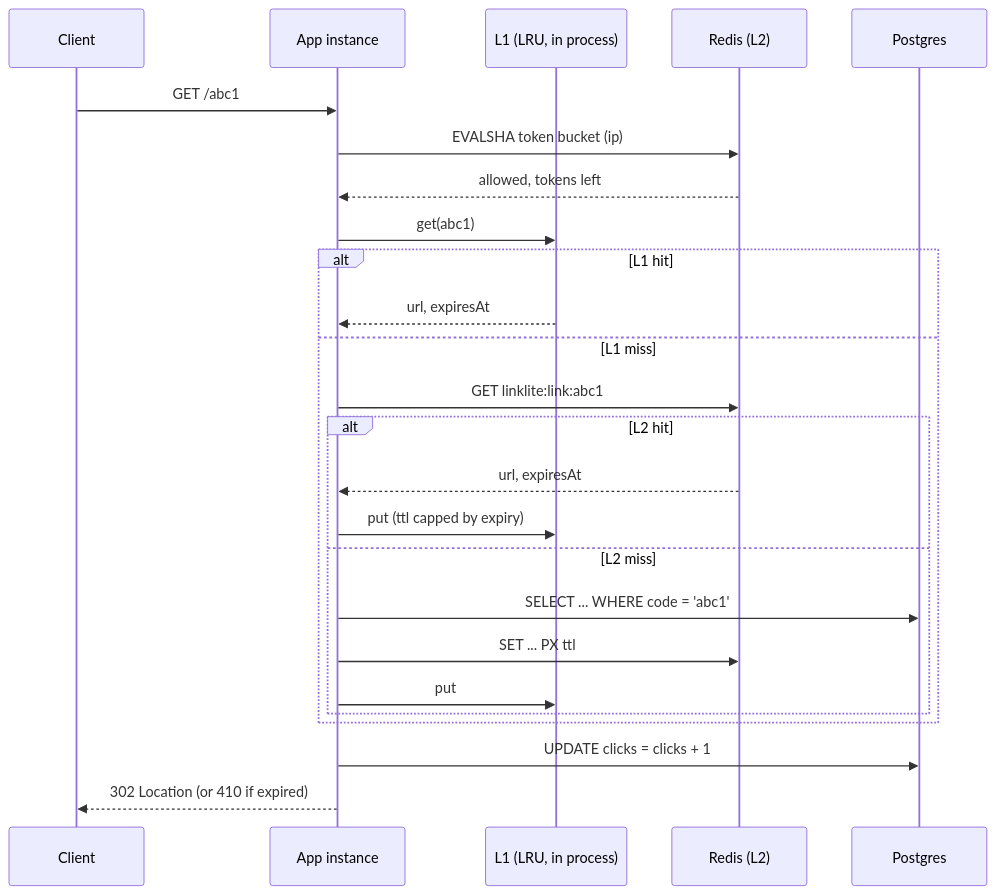
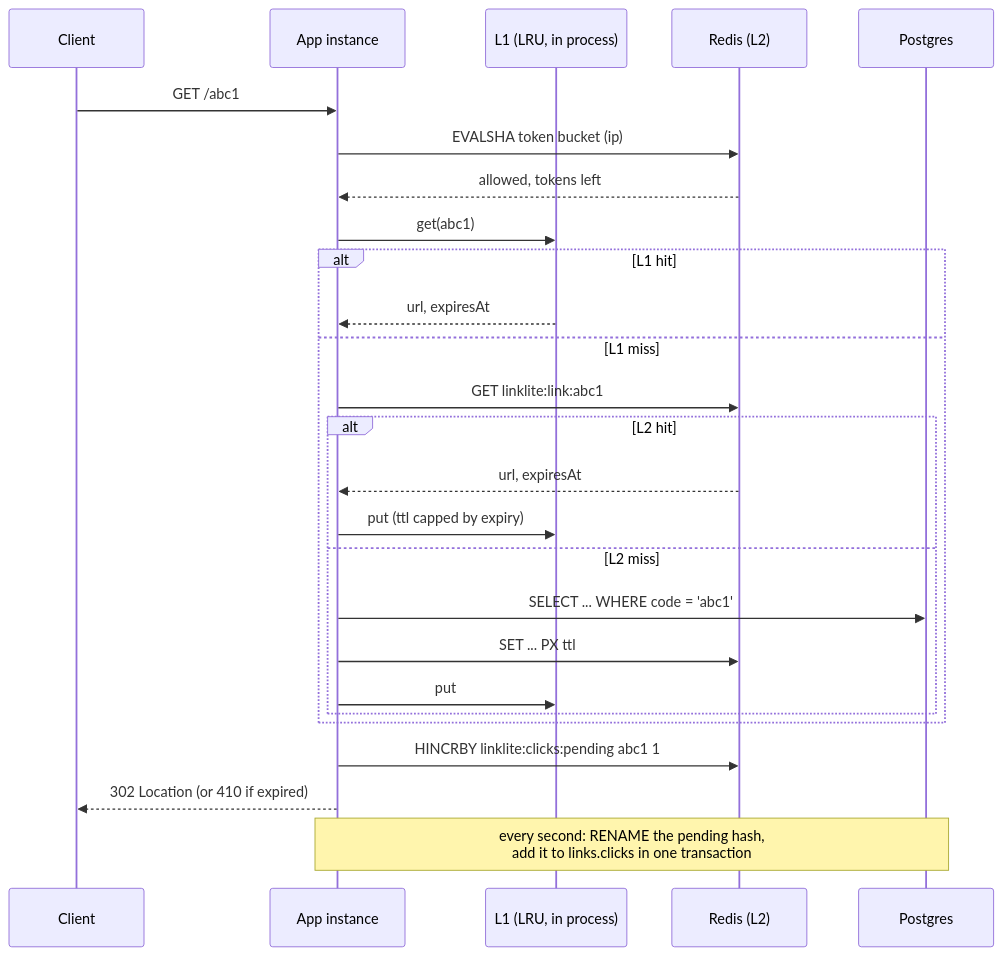
The second of 2 diagrams in README.md (Saipavanavsp/linklite), drawn with Mermaid before and after one commit. The commit also changed other lines of this file and 4 other files, not shown here.

````diff
--- a/README.md
+++ b/README.md
@@ -133,28 +144,29 @@
 ```mermaid
 sequenceDiagram
     participant C as Client
     participant A as App instance
     participant L1 as L1 (LRU, in process)
     participant R as Redis (L2)
     participant P as Postgres
 
     C->>A: GET /abc1
     A->>R: EVALSHA token bucket (ip)
     R-->>A: allowed, tokens left
     A->>L1: get(abc1)
     alt L1 hit
         L1-->>A: url, expiresAt
     else L1 miss
         A->>R: GET linklite:link:abc1
         alt L2 hit
             R-->>A: url, expiresAt
             A->>L1: put (ttl capped by expiry)
         else L2 miss
             A->>P: SELECT ... WHERE code = 'abc1'
             A->>R: SET ... PX ttl
             A->>L1: put
         end
     end
-    A->>P: UPDATE clicks = clicks + 1
+    A->>R: HINCRBY linklite:clicks:pending abc1 1
     A-->>C: 302 Location (or 410 if expired)
+    Note over A,P: every second: RENAME the pending hash,<br/>add it to links.clicks in one transaction
 ```
````
